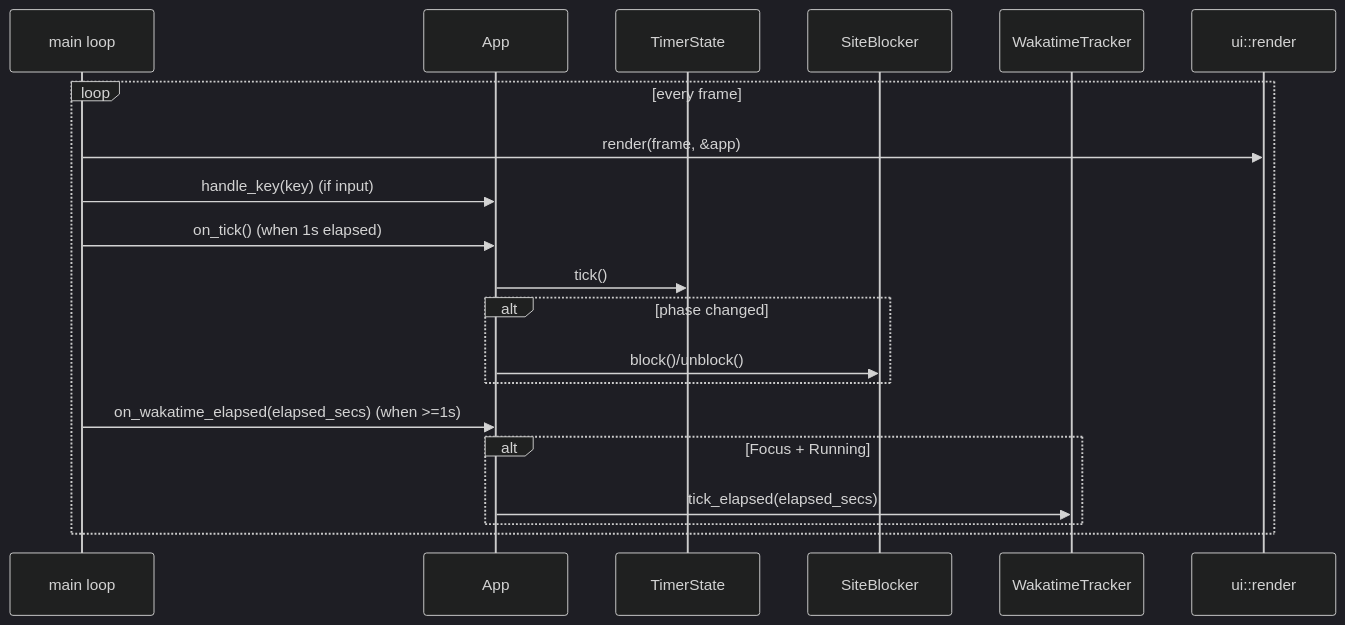
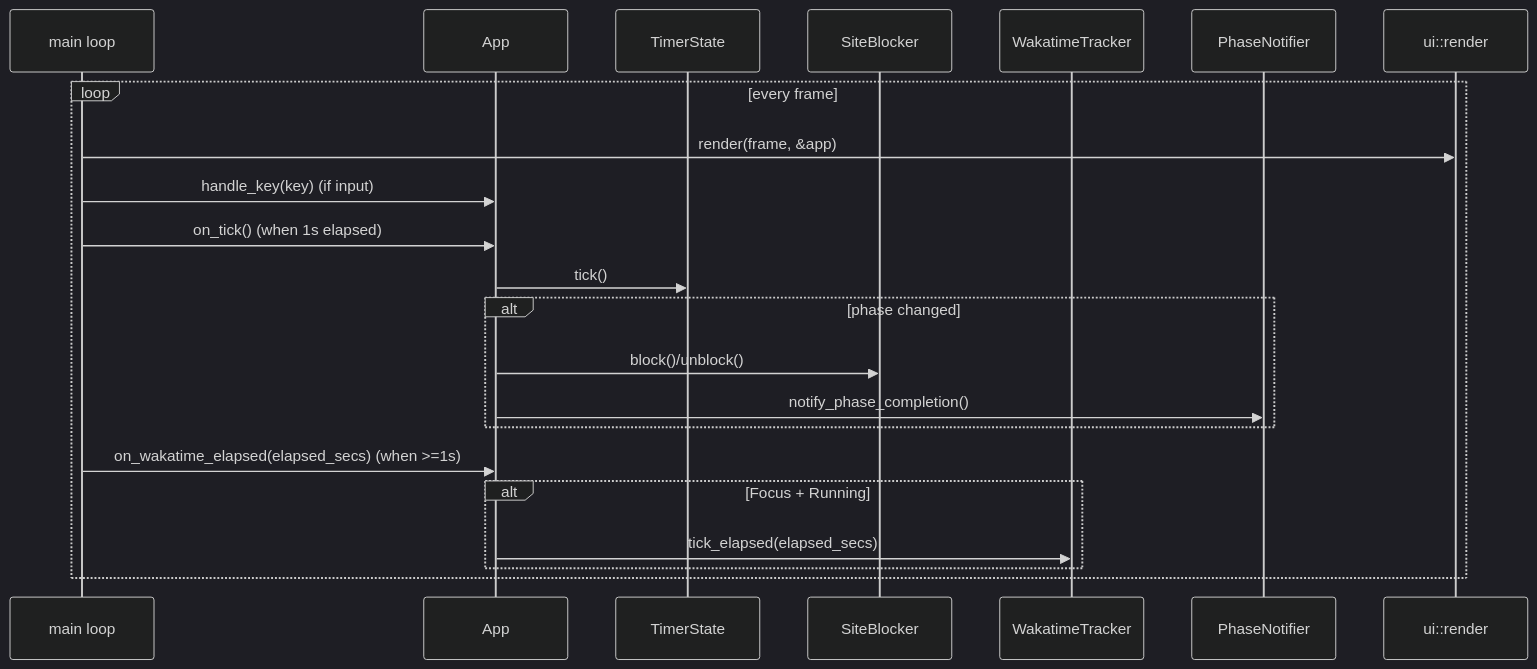
Before and after one commit to utilForever/focustime: the second of 2 diagrams in ARCHITECTURE.md, drawn with Mermaid (dark theme). The commit also changed other lines of this file and 7 other files, not shown here.

````diff
--- a/ARCHITECTURE.md
+++ b/ARCHITECTURE.md
@@ -45,23 +49,25 @@
 ```mermaid
 sequenceDiagram
     participant Main as main loop
     participant App as App
     participant Timer as TimerState
     participant Blocker as SiteBlocker
     participant Waka as WakatimeTracker
+    participant Notify as PhaseNotifier
     participant UI as ui::render
 
     loop every frame
         Main->>UI: render(frame, &app)
         Main->>App: handle_key(key) (if input)
         Main->>App: on_tick() (when 1s elapsed)
         App->>Timer: tick()
         alt phase changed
             App->>Blocker: block()/unblock()
+            App->>Notify: notify_phase_completion()
         end
         Main->>App: on_wakatime_elapsed(elapsed_secs) (when >=1s)
         alt Focus + Running
             App->>Waka: tick_elapsed(elapsed_secs)
         end
     end
 ```
````
